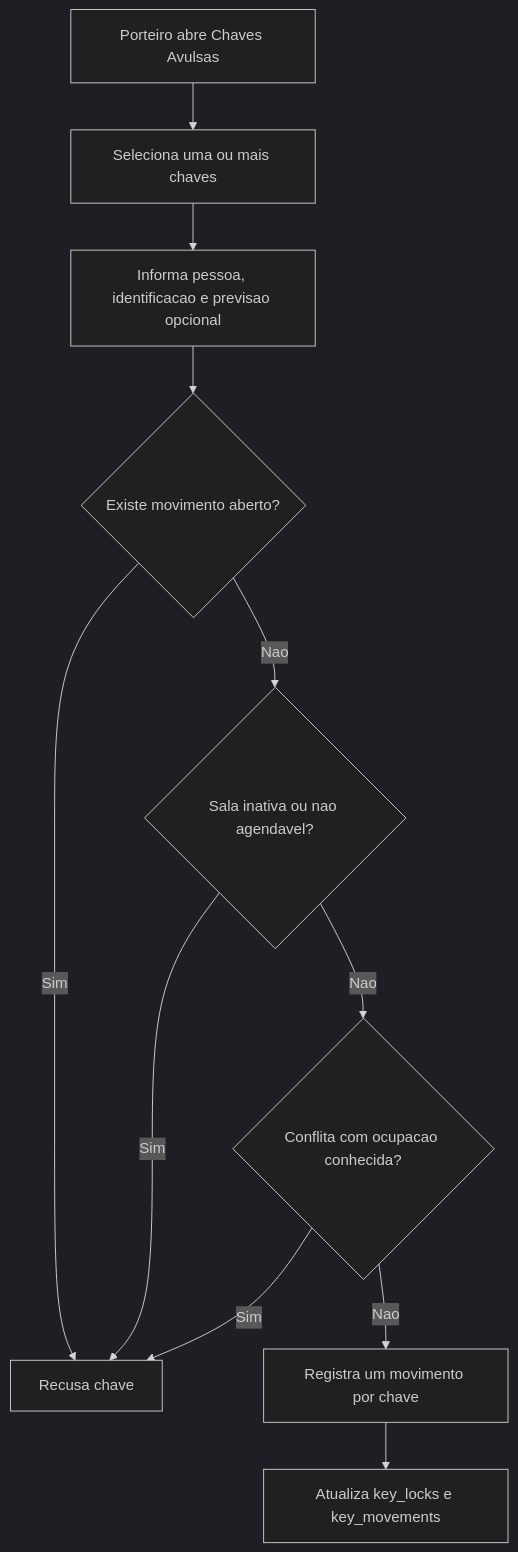
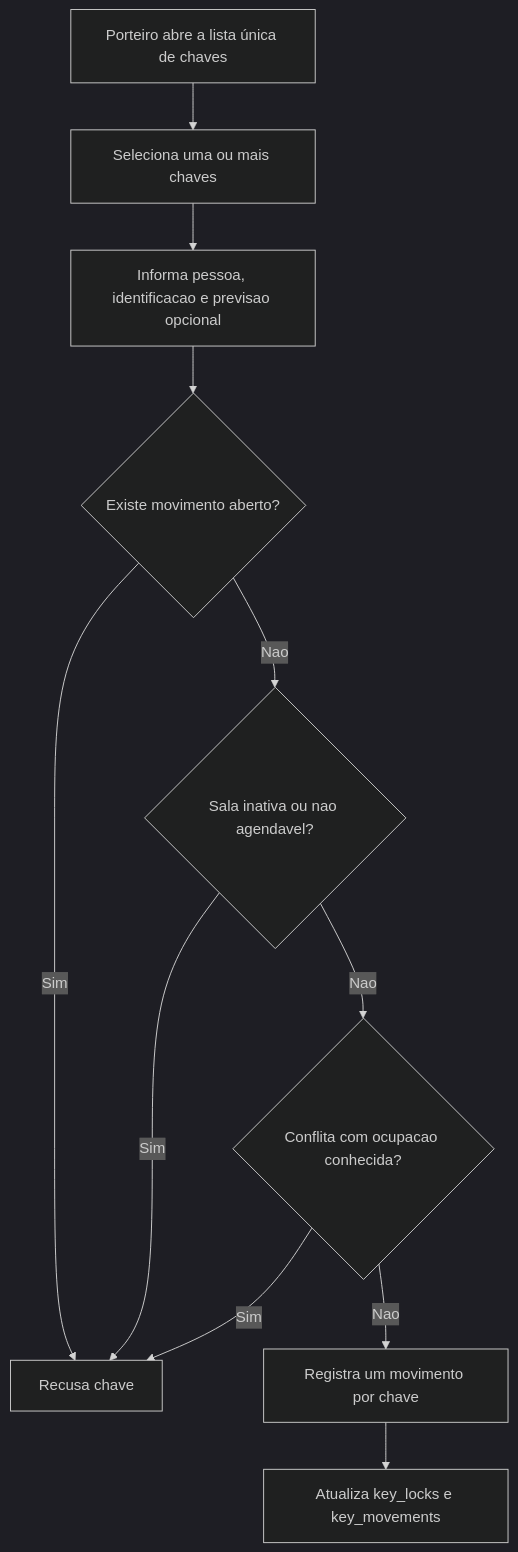
Diagram 11 of 16 in docs/diagramas.md (jacsonlinux/chaveiro-ifbaps), drawn with Mermaid (dark theme) before and after one commit. The commit also changed other lines of this file and 5 other files, not shown here.

Commit message:
Unifica lista operacional de chaves

````diff
--- a/docs/diagramas.md
+++ b/docs/diagramas.md
@@ -220,13 +220,13 @@
 ```mermaid
 flowchart TD
-    A[Porteiro abre Chaves Avulsas] --> B[Seleciona uma ou mais chaves]
+    A[Porteiro abre a lista única de chaves] --> B[Seleciona uma ou mais chaves]
     B --> C[Informa pessoa, identificacao e previsao opcional]
     C --> D{Existe movimento aberto?}
     D -->|Sim| E[Recusa chave]
     D -->|Nao| F{Sala inativa ou nao agendavel?}
     F -->|Sim| E
     F -->|Nao| G{Conflita com ocupacao conhecida?}
     G -->|Sim| E
     G -->|Nao| H[Registra um movimento por chave]
     H --> I[Atualiza key_locks e key_movements]
 ```
````
